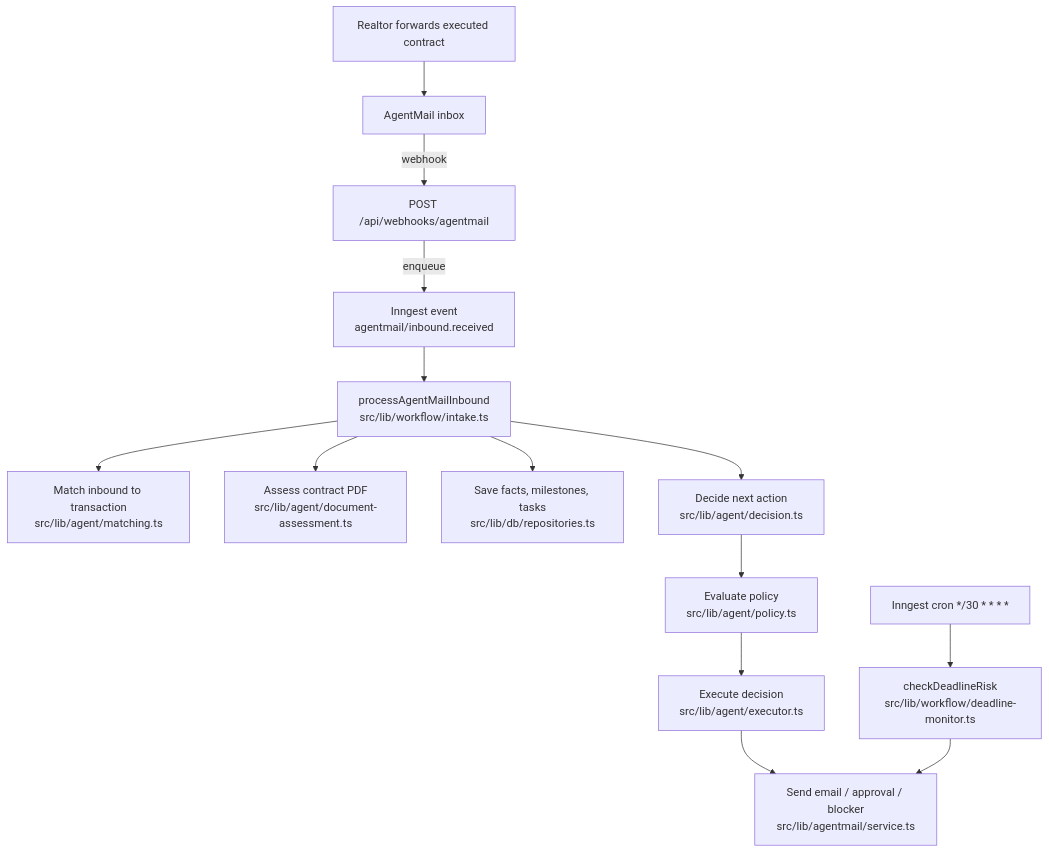
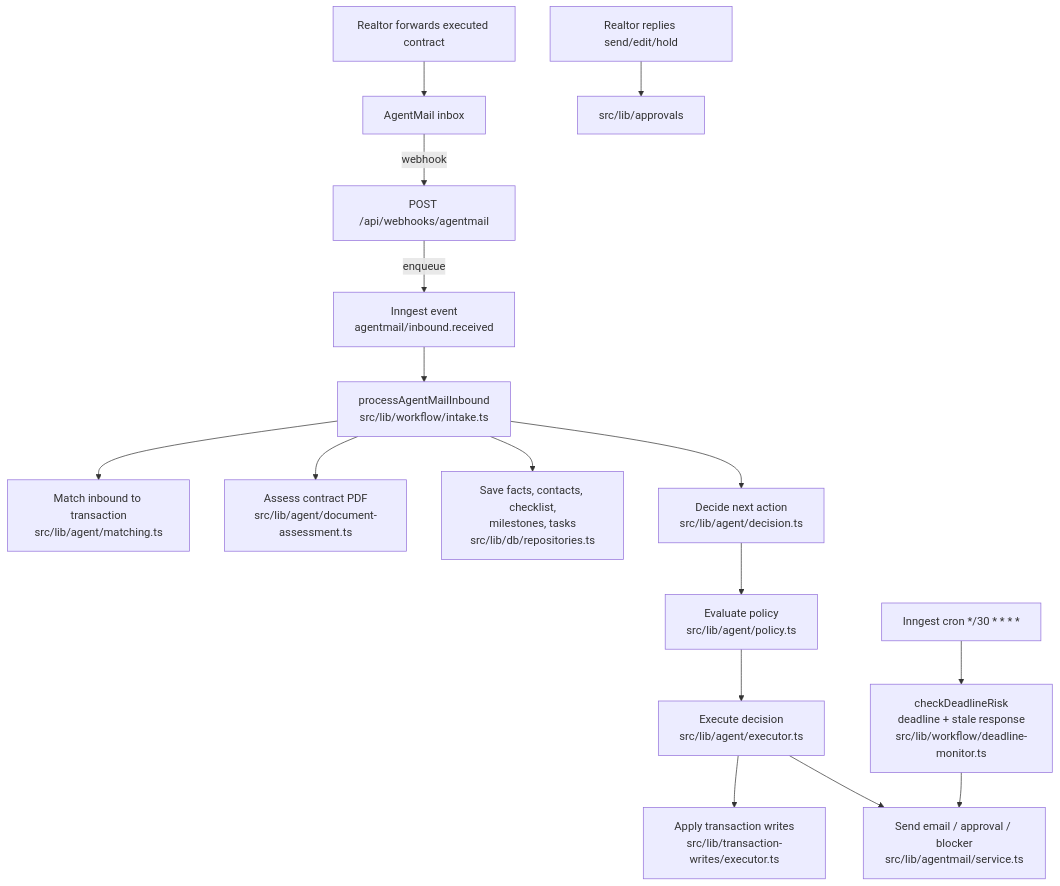
One commit to spak2005/tc_experiment changed the diagram in AGENTS.md. Above: the diagram before and after it, drawn with Mermaid. The commit also changed other lines of this file and 8 other files, not shown here.

````diff
--- a/AGENTS.md
+++ b/AGENTS.md
@@ -23,16 +23,18 @@
 ```mermaid
 flowchart TD
   Realtor[Realtor forwards executed contract] --> AgentMail[AgentMail inbox]
   AgentMail -->|webhook| WebhookRoute["POST /api/webhooks/agentmail"]
   WebhookRoute -->|enqueue| InngestEvent["Inngest event<br/>agentmail/inbound.received"]
   InngestEvent --> Intake["processAgentMailInbound<br/>src/lib/workflow/intake.ts"]
   Intake --> Match["Match inbound to transaction<br/>src/lib/agent/matching.ts"]
   Intake --> Assess["Assess contract PDF<br/>src/lib/agent/document-assessment.ts"]
-  Intake --> Persist["Save facts, milestones, tasks<br/>src/lib/db/repositories.ts"]
+  Intake --> Persist["Save facts, contacts, checklist,<br/>milestones, tasks<br/>src/lib/db/repositories.ts"]
   Intake --> Decide["Decide next action<br/>src/lib/agent/decision.ts"]
   Decide --> Policy["Evaluate policy<br/>src/lib/agent/policy.ts"]
   Policy --> Execute["Execute decision<br/>src/lib/agent/executor.ts"]
+  Execute --> Writes["Apply transaction writes<br/>src/lib/transaction-writes/executor.ts"]
   Execute --> Outbound["Send email / approval / blocker<br/>src/lib/agentmail/service.ts"]
-  Cron["Inngest cron */30 * * * *"] --> Deadline["checkDeadlineRisk<br/>src/lib/workflow/deadline-monitor.ts"]
+  RealtorReply["Realtor replies send/edit/hold"] --> Approval["src/lib/approvals"]
+  Cron["Inngest cron */30 * * * *"] --> Deadline["checkDeadlineRisk<br/>deadline + stale response<br/>src/lib/workflow/deadline-monitor.ts"]
   Deadline --> Outbound
 ```
````
